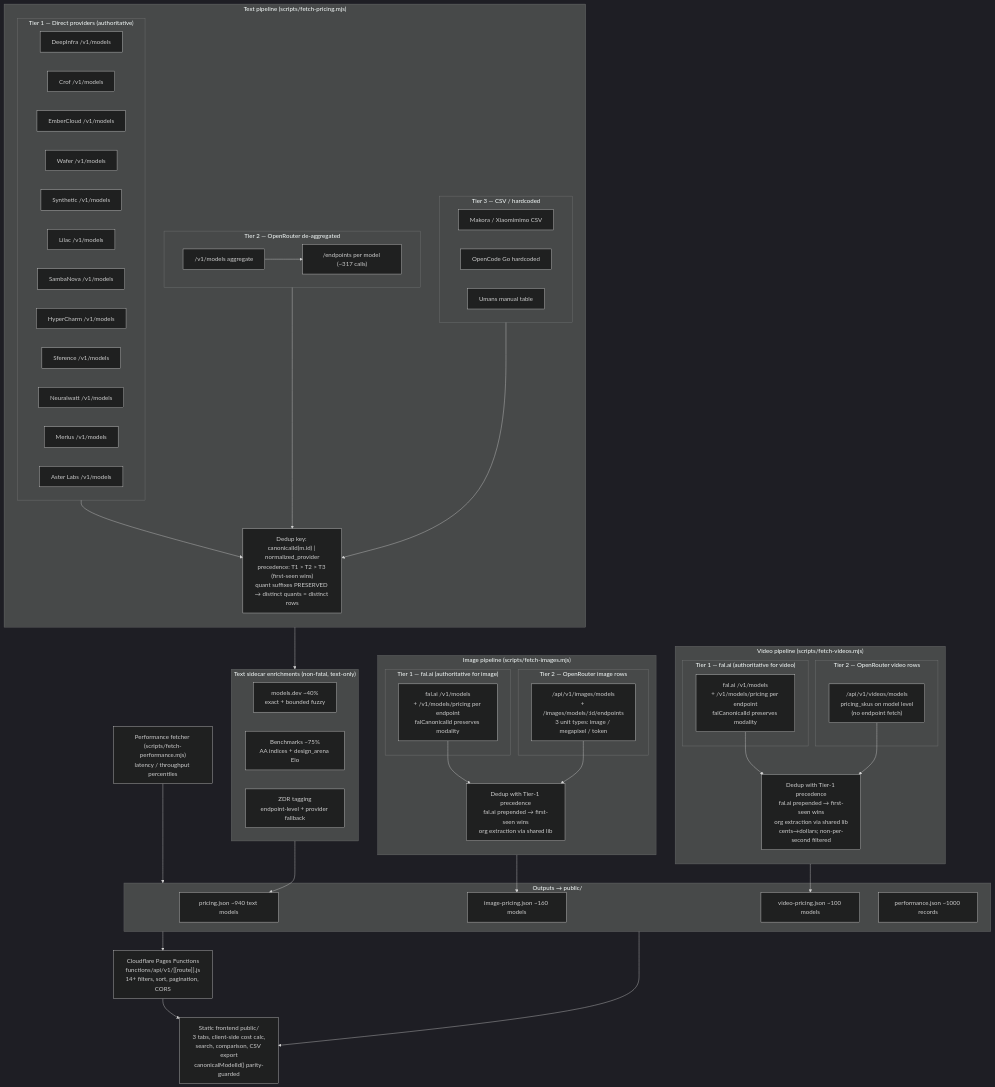
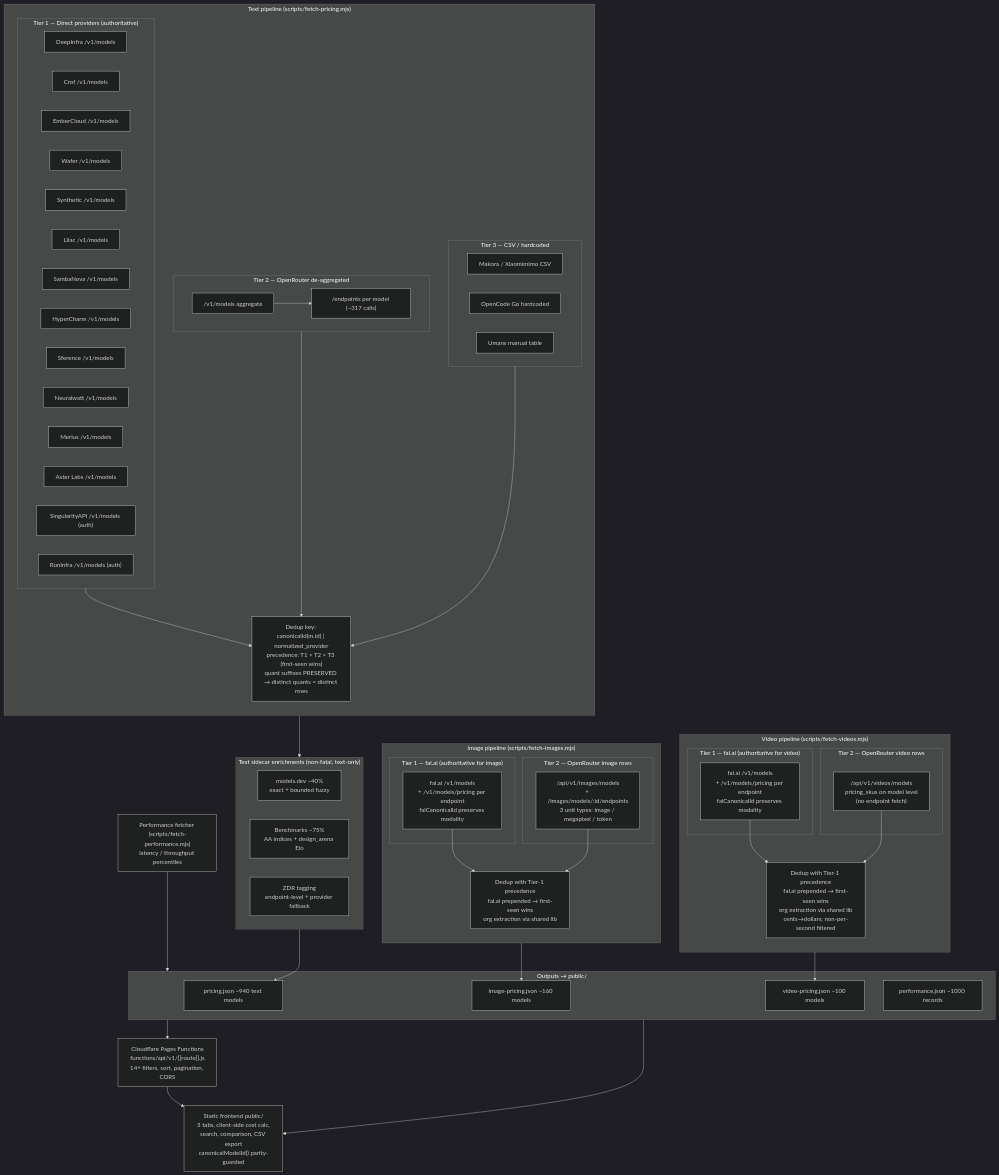
The diagram in ARCHITECTURE.md (WyrdWerk/tokenwatch), drawn with Mermaid (dark theme) before and after one commit. The commit also changed 11 other files, not shown here.

First line of the commit message:
feat: add SingularityAPI and RunInfra as auth-gated Tier-1 providers

```diff
--- a/ARCHITECTURE.md
+++ b/ARCHITECTURE.md
@@ -31,6 +31,8 @@
       T1J["Neuralwatt /v1/models"]
       T1K["Merius /v1/models"]
       T1L["Aster Labs /v1/models"]
+      T1M["SingularityAPI /v1/models (auth)"]
+      T1N["RunInfra /v1/models (auth)"]
     end
         subgraph T2T["Tier 2 — OpenRouter de-aggregated"]
             T2A["/v1/models aggregate"]
```
